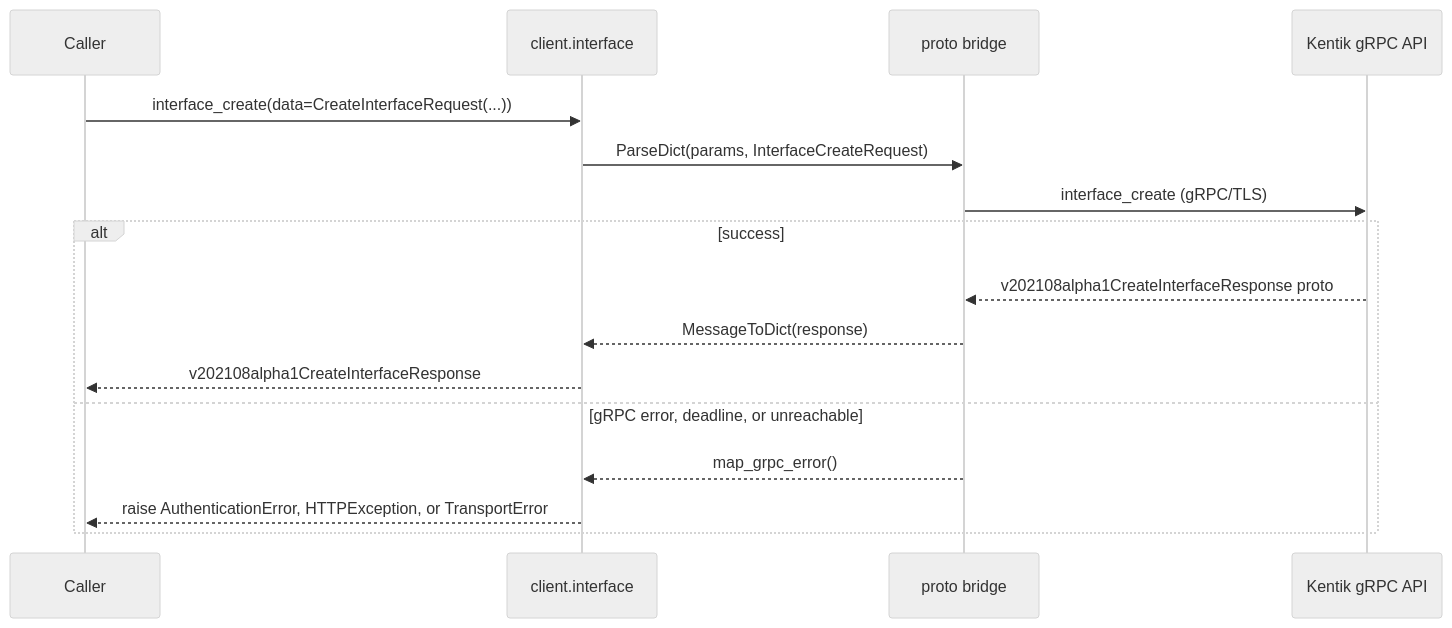
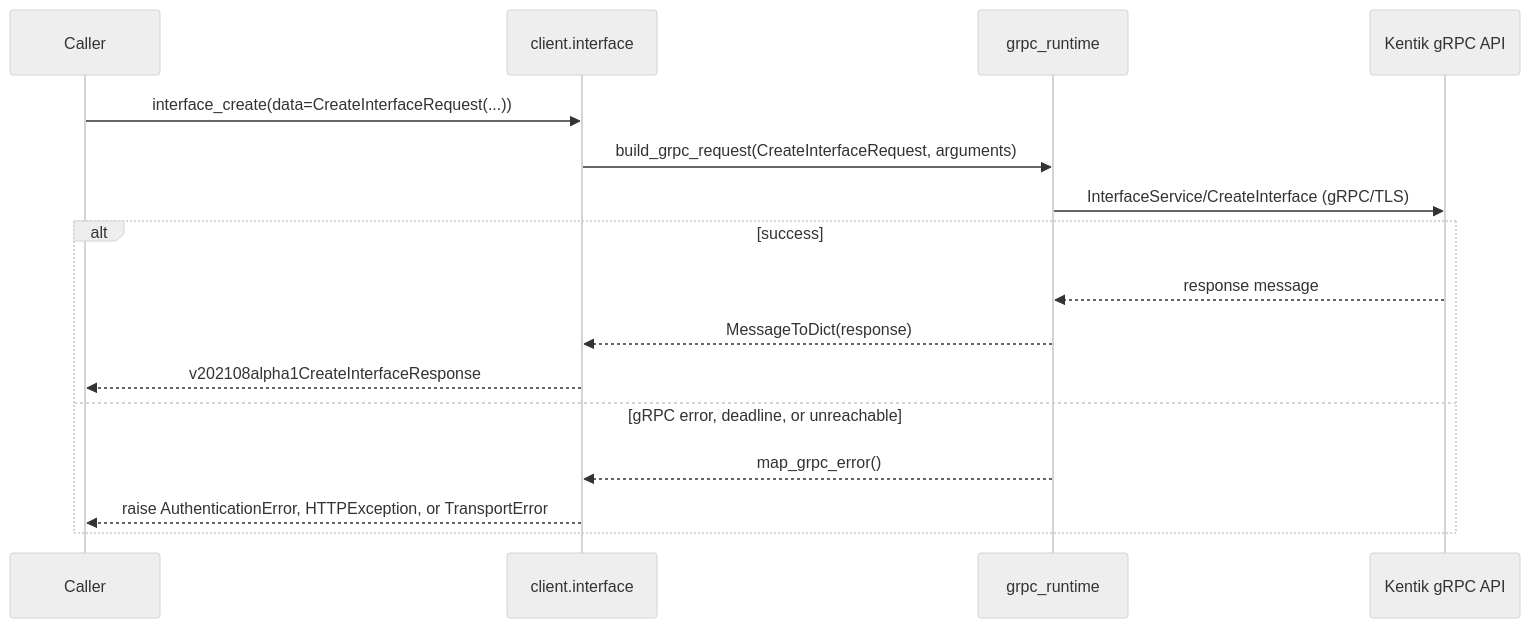
Before and after one commit to alexdearaujo/community_sdk_python: the fifth of 14 diagrams in docs/sphinx/services/interface.md, drawn with Mermaid (neutral theme). The commit also changed other lines of this file and 37 other files, not shown here.

First line of the commit message:
docs: show the real RPC in each service page's gRPC diagram

````diff
--- a/docs/sphinx/services/interface.md
+++ b/docs/sphinx/services/interface.md
@@ -139,19 +139,19 @@
 ```mermaid
 sequenceDiagram
     participant C as Caller
     participant W as client.interface
-    participant B as proto bridge
+    participant R as grpc_runtime
     participant API as Kentik gRPC API
 
     C->>W: interface_create(data=CreateInterfaceRequest(...))
-    W->>B: ParseDict(params, InterfaceCreateRequest)
-    B->>API: interface_create (gRPC/TLS)
+    W->>R: build_grpc_request(CreateInterfaceRequest, arguments)
+    R->>API: InterfaceService/CreateInterface (gRPC/TLS)
     alt success
-        API-->>B: v202108alpha1CreateInterfaceResponse proto
-        B-->>W: MessageToDict(response)
+        API-->>R: response message
+        R-->>W: MessageToDict(response)
         W-->>C: v202108alpha1CreateInterfaceResponse
     else gRPC error, deadline, or unreachable
-        B-->>W: map_grpc_error()
+        R-->>W: map_grpc_error()
         W-->>C: raise AuthenticationError, HTTPException, or TransportError
     end
 ```
````
